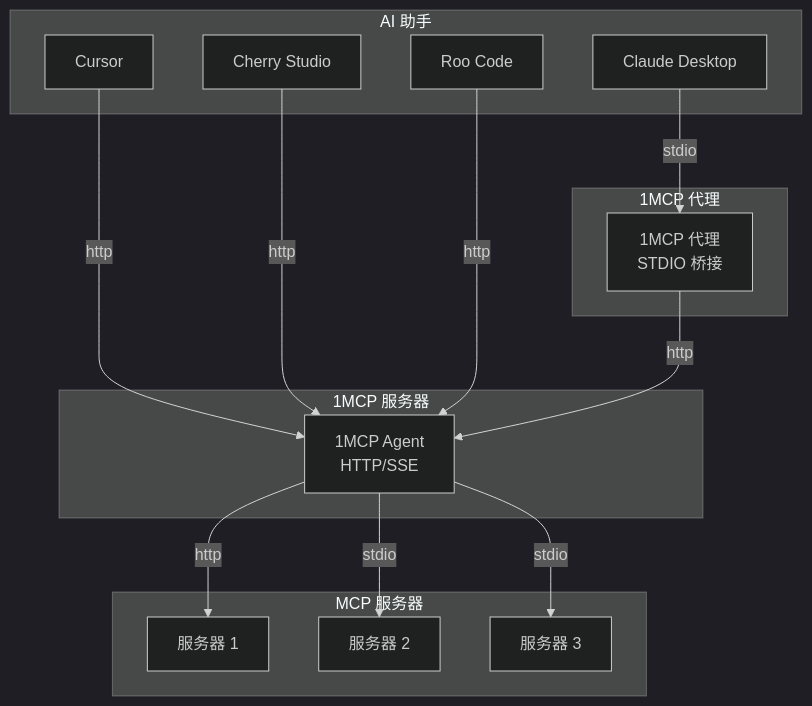
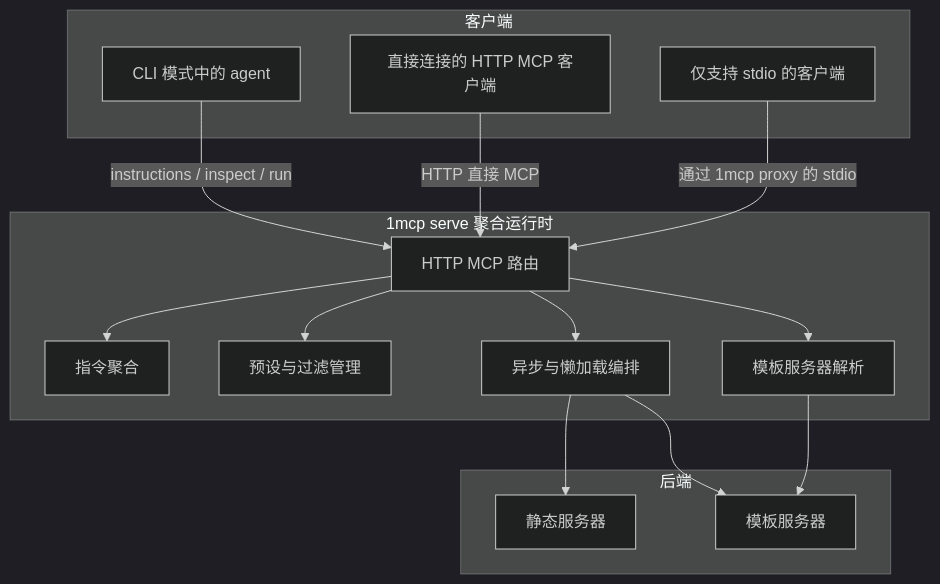
The diagram in docs/zh/reference/architecture.md (1mcp-app/agent), drawn with Mermaid (dark theme) before and after one commit. The commit also changed other lines of this file and 30 other files, not shown here.

First line of the commit message:
docs: refresh 1MCP documentation for CLI mode and server filtering (#296)

````diff
--- a/docs/zh/reference/architecture.md
+++ b/docs/zh/reference/architecture.md
@@ -495,34 +27,32 @@
 ```mermaid
-graph TB
-    subgraph "AI 助手"
-        A1[Claude Desktop]
-        A2[Cursor]
-        A3[Cherry Studio]
-        A4[Roo Code]
+flowchart TB
+    subgraph Clients["客户端"]
+        A1[CLI 模式中的 agent]
+        A2[直接连接的 HTTP MCP 客户端]
+        A3[仅支持 stdio 的客户端]
     end
 
-    subgraph "1MCP 代理"
-        P[1MCP 代理<br/>STDIO 桥接]
+    subgraph Runtime["1mcp serve 聚合运行时"]
+        B1[HTTP MCP 路由]
+        B2[指令聚合]
+        B3[预设与过滤管理]
+        B4[异步与懒加载编排]
+        B5[模板服务器解析]
     end
 
-    subgraph "1MCP 服务器"
-        MCP[1MCP Agent<br/>HTTP/SSE]
+    subgraph Backends["后端"]
+        C1[静态服务器]
+        C2[模板服务器]
     end
 
-    subgraph "MCP 服务器"
-        S1[服务器 1]
-        S2[服务器 2]
-        S3[服务器 3]
-    end
-
-    A1 -->|stdio| P
-    A2 -->|http| MCP
-    A3 -->|http| MCP
-    A4 -->|http| MCP
-
-    P -->|http| MCP
-
-    MCP --> |http| S1
-    MCP --> |stdio| S2
-    MCP --> |stdio| S3
+    A1 -->|instructions / inspect / run| B1
+    A2 -->|HTTP 直接 MCP| B1
+    A3 -->|通过 1mcp proxy 的 stdio| B1
+    B1 --> B2
+    B1 --> B3
+    B1 --> B4
+    B1 --> B5
+    B5 --> C2
+    B4 --> C1
+    B4 --> C2
 ```
````
